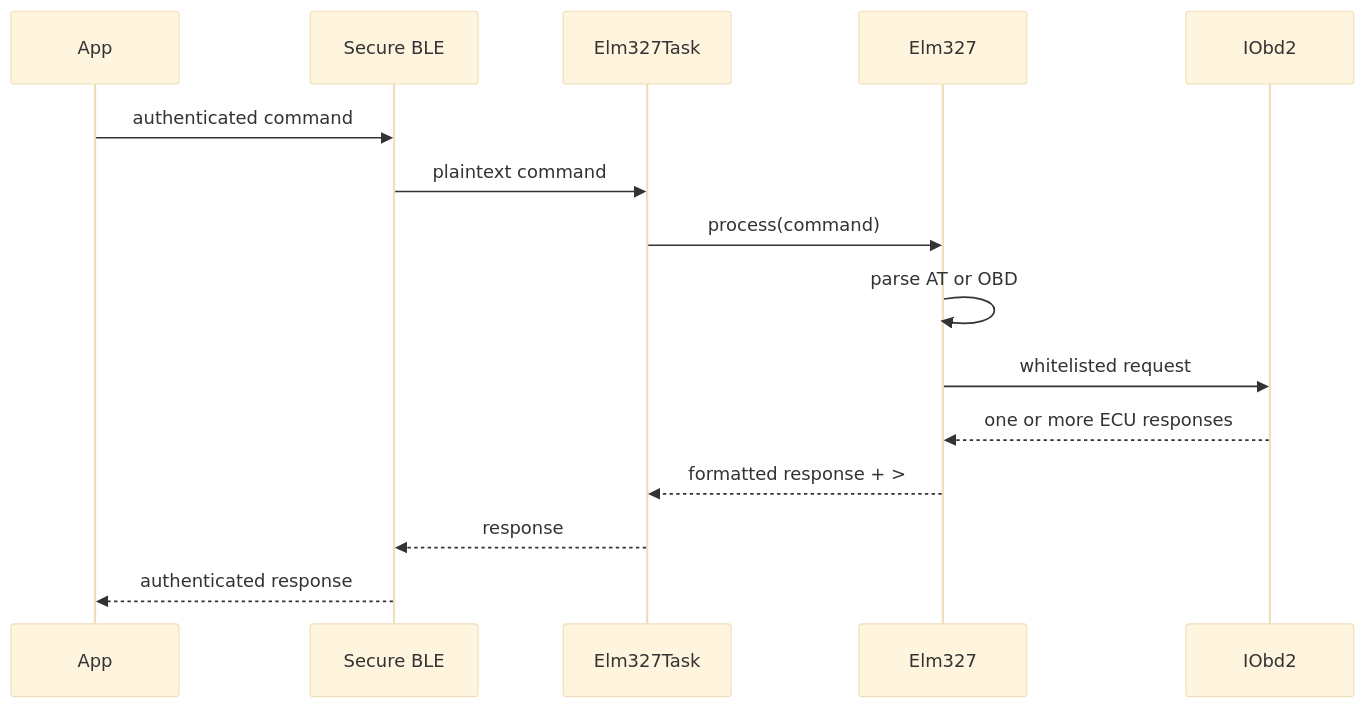
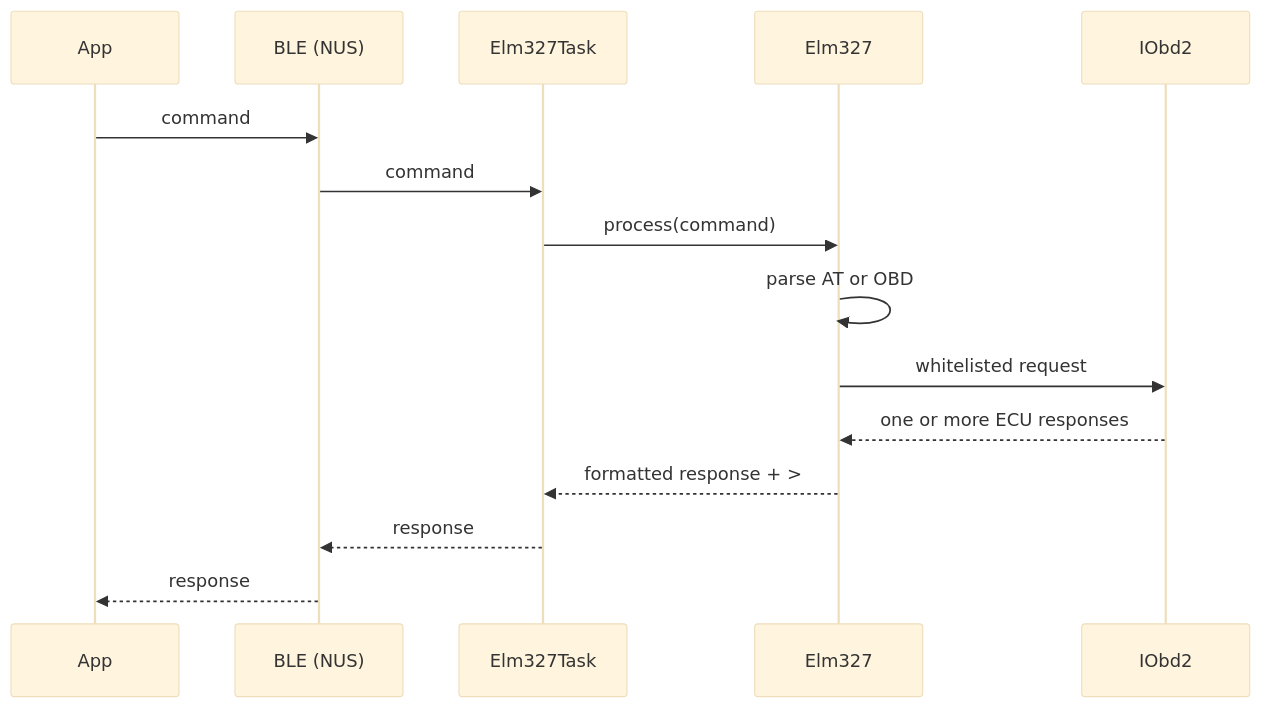
One commit to rodrigomarcolin/tccelta changed the diagram in esp32-firmware/src/elm327/README.md. Above: the diagram before and after it, drawn with Mermaid (base theme). The commit also changed other lines of this file and 32 other files, not shown here.

````diff
--- a/esp32-firmware/src/elm327/README.md
+++ b/esp32-firmware/src/elm327/README.md
@@ -8,17 +8,17 @@
 ```mermaid
 sequenceDiagram
     participant App
-    participant Secure as Secure BLE
+    participant BLE as BLE (NUS)
     participant Task as Elm327Task
     participant ELM as Elm327
     participant OBD as IObd2
-    App->>Secure: authenticated command
-    Secure->>Task: plaintext command
+    App->>BLE: command
+    BLE->>Task: command
     Task->>ELM: process(command)
     ELM->>ELM: parse AT or OBD
     ELM->>OBD: whitelisted request
     OBD-->>ELM: one or more ECU responses
     ELM-->>Task: formatted response + >
-    Task-->>Secure: response
-    Secure-->>App: authenticated response
+    Task-->>BLE: response
+    BLE-->>App: response
 ```
````
